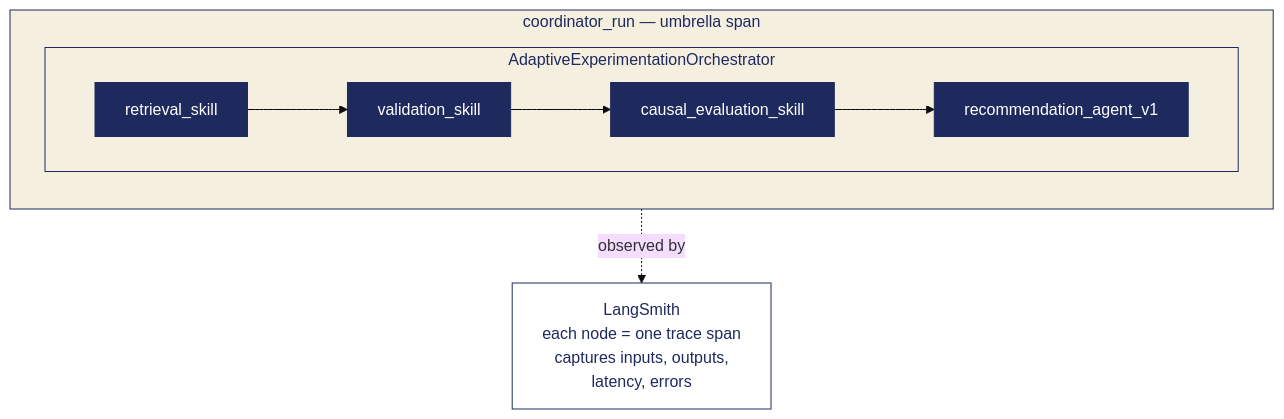
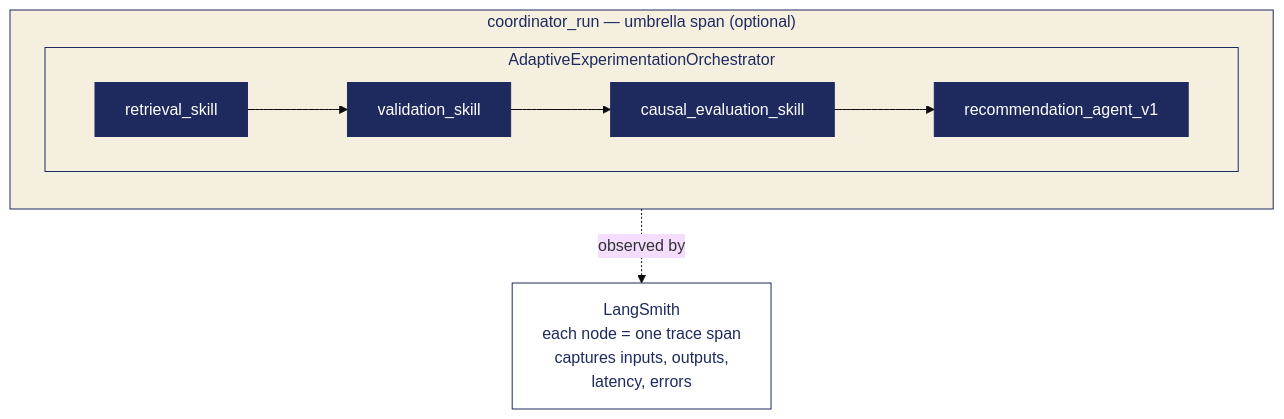
One commit to anushkamathur14-cloud/Dell-Capstone changed the third of 3 diagrams in docs/architecture_diagrams.md. Above: the diagram before and after it, drawn with Mermaid (base theme). The commit also changed other lines of this file, not shown here.

First line of the commit message:
Align architecture diagrams with canonical v1 and current main

````diff
--- a/docs/architecture_diagrams.md
+++ b/docs/architecture_diagrams.md
@@ -115,24 +116,24 @@
 ```mermaid
 flowchart TB
-    subgraph CR["coordinator_run — umbrella span"]
+    subgraph CR["coordinator_run — umbrella span (optional)"]
         direction TB
         subgraph ORCH["AdaptiveExperimentationOrchestrator"]
             direction LR
             T1["retrieval_skill"]
             T2["validation_skill"]
             T3["causal_evaluation_skill"]
             T4["recommendation_agent_v1"]
             T1 --> T2 --> T3 --> T4
         end
     end
 
     LS["LangSmith<br/>each node = one trace span<br/>captures inputs, outputs,<br/>latency, errors"]
     CR -. observed by .-> LS
 
     classDef span fill:#1E2A5E,stroke:#1E2A5E,color:#ffffff
     classDef cluster fill:#F5EFE0,stroke:#1E2A5E,color:#1E2A5E
     classDef tool fill:#ffffff,stroke:#1E2A5E,color:#1E2A5E
     class T1,T2,T3,T4 span
     class CR,ORCH cluster
     class LS tool
 ```
````
